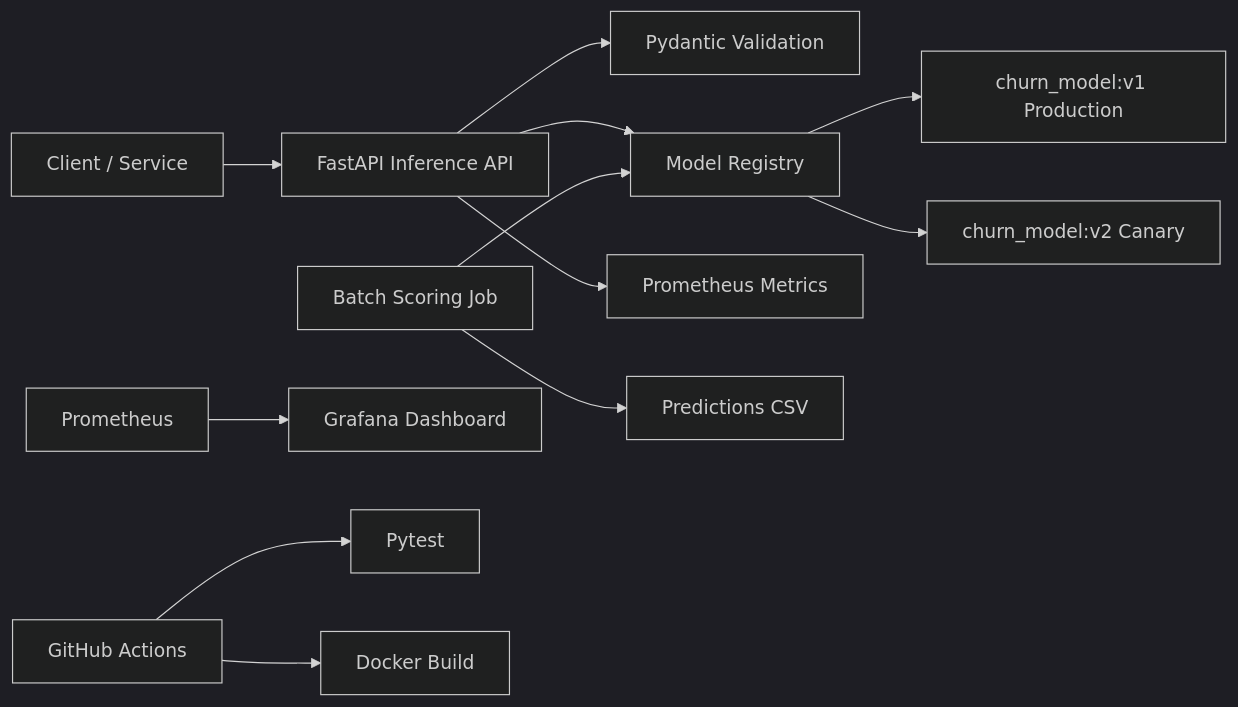
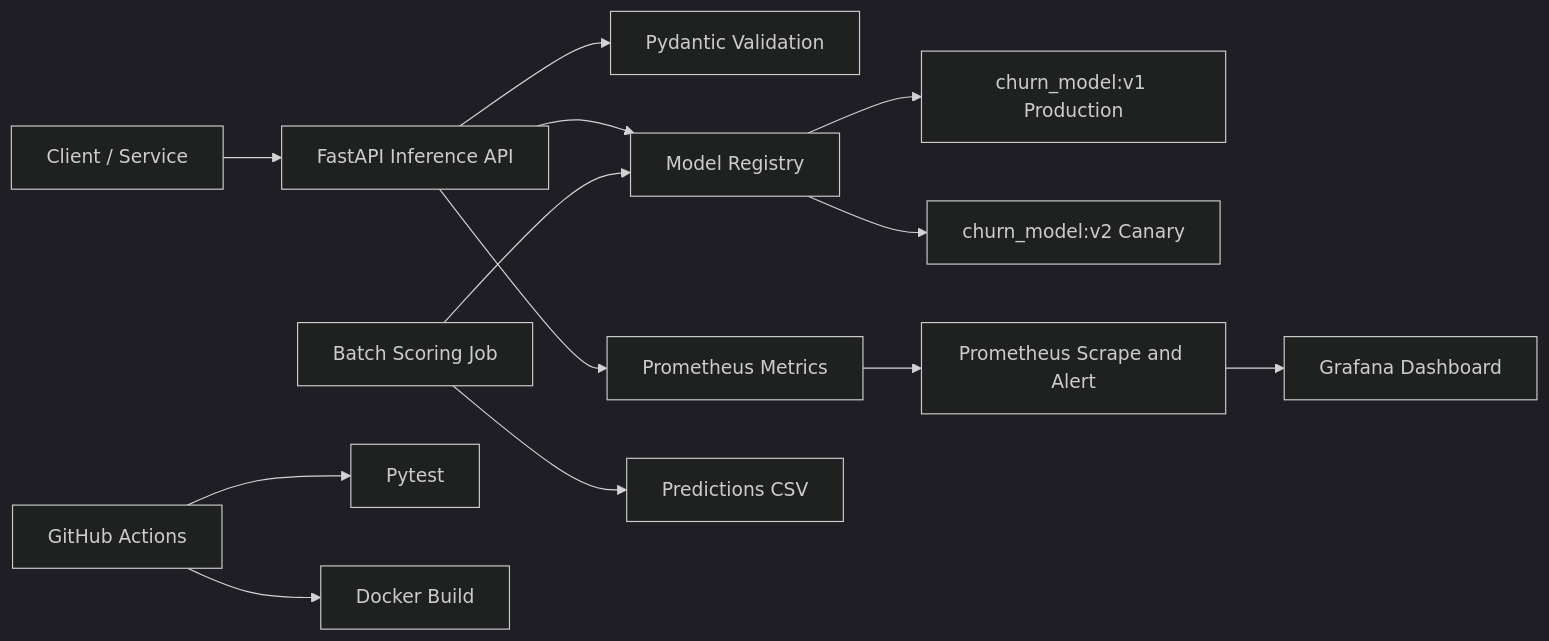
Before and after one commit to Boothill2001/ml-inference-platform-lab: the diagram in README.md, drawn with Mermaid (dark theme). The commit also changed other lines of this file and 20 other files, not shown here.

Commit message:
Replay a missed churn drift alert with Prometheus and Grafana

````diff
--- a/README.md
+++ b/README.md
@@ -23,14 +50,15 @@
 ```mermaid
 flowchart LR
     Client[Client / Service] --> API[FastAPI Inference API]
     API --> Schemas[Pydantic Validation]
     API --> Registry[Model Registry]
     Registry --> V1[churn_model:v1 Production]
     Registry --> V2[churn_model:v2 Canary]
     API --> Metrics[Prometheus Metrics]
+    Metrics --> Prometheus[Prometheus Scrape and Alert]
     Batch[Batch Scoring Job] --> Registry
     Batch --> CSV[Predictions CSV]
     Prometheus --> Grafana[Grafana Dashboard]
     CI[GitHub Actions] --> Tests[Pytest]
     CI --> Docker[Docker Build]
 ```
````
